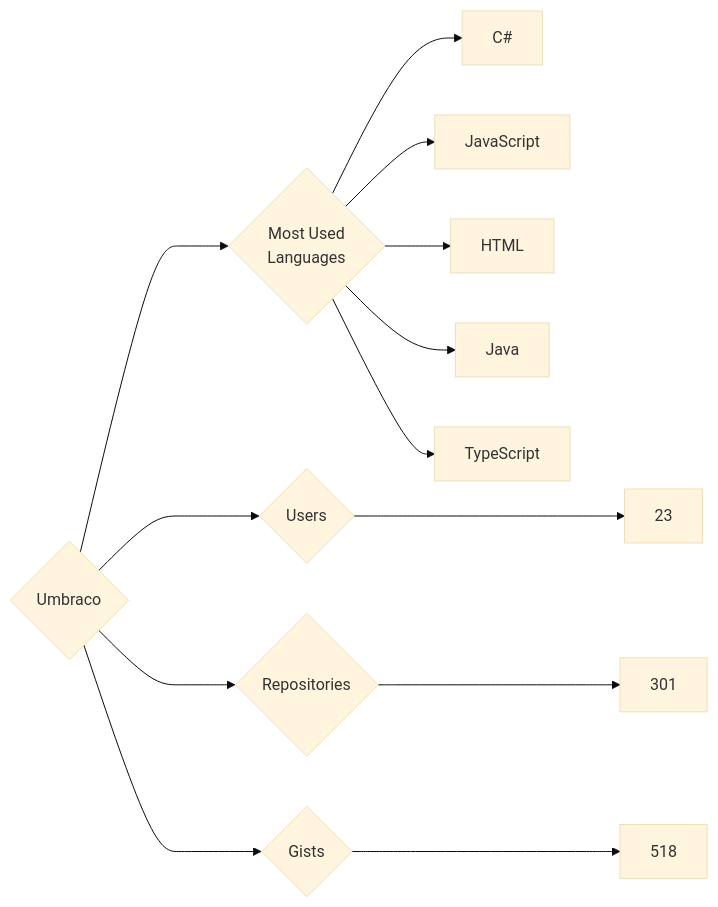
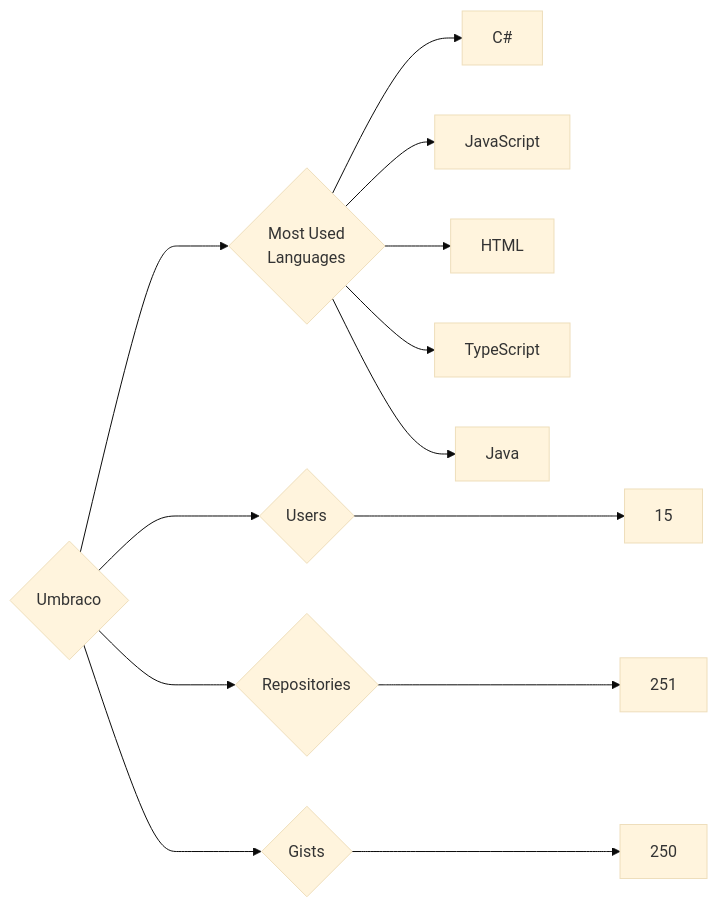
Before and after one commit to trickest/insiders: the diagram in targets/Umbraco/README.md, drawn with Mermaid (base theme). The commit also changed 797 other files, not shown here.

````diff
--- a/targets/Umbraco/README.md
+++ b/targets/Umbraco/README.md
@@ -3,13 +3,13 @@
 ```mermaid
 graph LR
 COMPANY_NAME{Umbraco}
-COMPANY_NAME ---> U{Users} ---> UN[23]
-COMPANY_NAME ---> R{Repositories} ---> RN[301]
-COMPANY_NAME ---> G{Gists} ---> GN[518]
+COMPANY_NAME ---> U{Users} ---> UN[15]
+COMPANY_NAME ---> R{Repositories} ---> RN[251]
+COMPANY_NAME ---> G{Gists} ---> GN[250]
 COMPANY_NAME ---> ML{Most Used<br>Languages}
 ML --> C#[C#]
 ML --> JavaScript[JavaScript]
 ML --> HTML[HTML]
+ML --> TypeScript[TypeScript]
 ML --> Java[Java]
-ML --> TypeScript[TypeScript]
 ```
````
